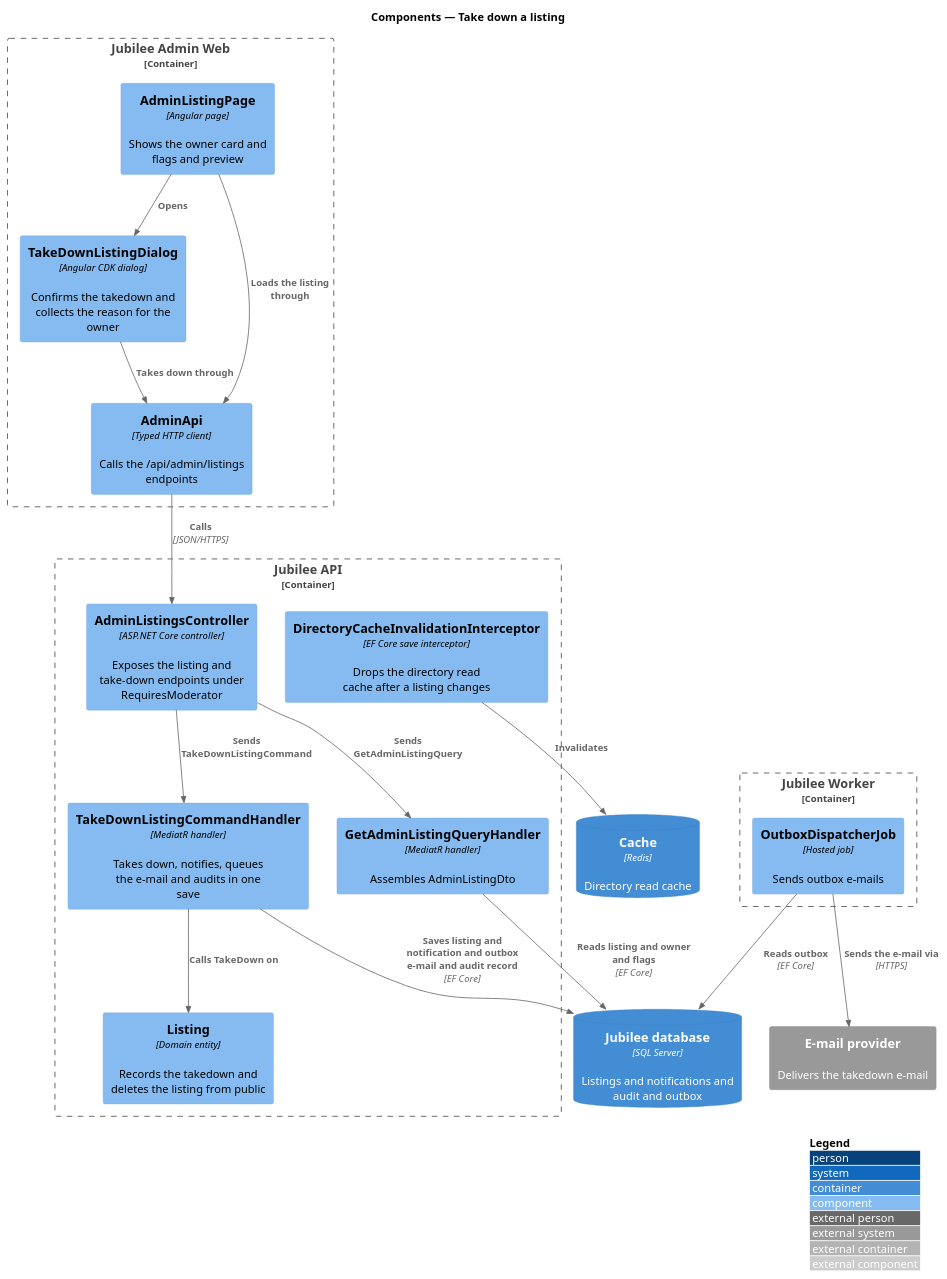
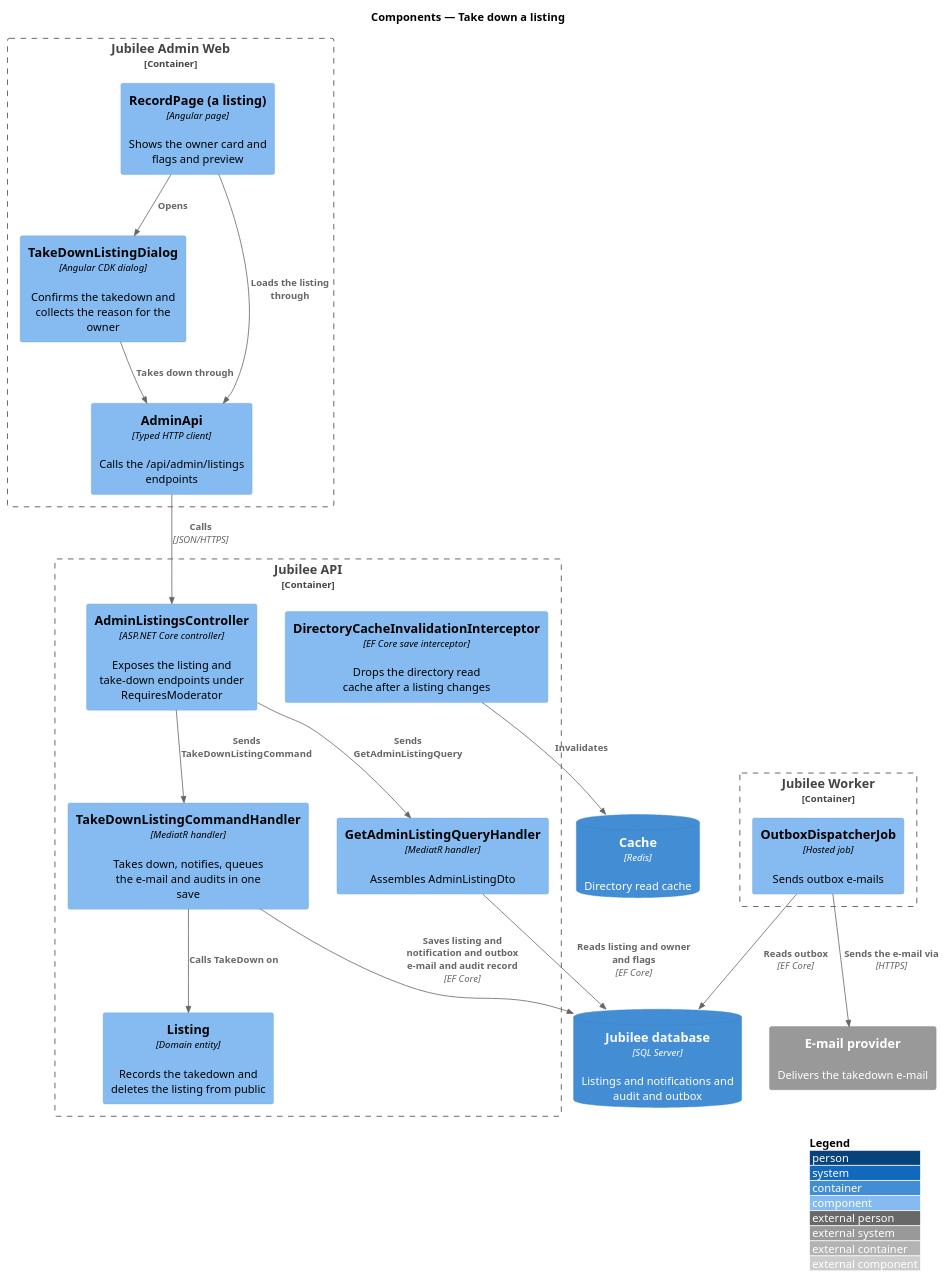
Before and after one commit to QuinntyneBrown/jubilee: the diagram in docs/detailed-designs/moderation/take-down-listing/diagrams/c4-component.puml, drawn with PlantUML. The commit also changed 81 other files, not shown here.

First line of the commit message:
docs(admin): design the schema-driven admin application (journey 35)

```diff
--- a/docs/detailed-designs/moderation/take-down-listing/diagrams/c4-component.puml
+++ b/docs/detailed-designs/moderation/take-down-listing/diagrams/c4-component.puml
@@ -1,36 +1,36 @@
 @startuml
 !include <C4/C4_Component>
 LAYOUT_WITH_LEGEND()
 title Components — Take down a listing
 Container_Boundary(web, "Jubilee Admin Web") {
-  Component(page, "AdminListingPage", "Angular page", "Shows the owner card and flags and preview")
+  Component(page, "RecordPage (a listing)", "Angular page", "Shows the owner card and flags and preview")
   Component(dialog, "TakeDownListingDialog", "Angular CDK dialog", "Confirms the takedown and collects the reason for the owner")
   Component(client, "AdminApi", "Typed HTTP client", "Calls the /api/admin/listings endpoints")
 }
 Container_Boundary(api, "Jubilee API") {
   Component(ctrl, "AdminListingsController", "ASP.NET Core controller", "Exposes the listing and take-down endpoints under RequiresModerator")
   Component(qh, "GetAdminListingQueryHandler", "MediatR handler", "Assembles AdminListingDto")
   Component(th, "TakeDownListingCommandHandler", "MediatR handler", "Takes down, notifies, queues the e-mail and audits in one save")
   Component(listing, "Listing", "Domain entity", "Records the takedown and deletes the listing from public")
   Component(interceptor, "DirectoryCacheInvalidationInterceptor", "EF Core save interceptor", "Drops the directory read cache after a listing changes")
 }
 Container_Boundary(worker, "Jubilee Worker") {
   Component(outbox, "OutboxDispatcherJob", "Hosted job", "Sends outbox e-mails")
 }
 ContainerDb(db, "Jubilee database", "SQL Server", "Listings and notifications and audit and outbox")
 ContainerDb(cache, "Cache", "Redis", "Directory read cache")
 System_Ext(email, "E-mail provider", "Delivers the takedown e-mail")
 
 Rel(page, dialog, "Opens")
 Rel(page, client, "Loads the listing through")
 Rel(dialog, client, "Takes down through")
 Rel(client, ctrl, "Calls", "JSON/HTTPS")
 Rel(ctrl, qh, "Sends GetAdminListingQuery")
 Rel(ctrl, th, "Sends TakeDownListingCommand")
 Rel(th, listing, "Calls TakeDown on")
 Rel(th, db, "Saves listing and notification and outbox e-mail and audit record", "EF Core")
 Rel(qh, db, "Reads listing and owner and flags", "EF Core")
 Rel(interceptor, cache, "Invalidates")
 Rel(outbox, db, "Reads outbox", "EF Core")
 Rel(outbox, email, "Sends the e-mail via", "HTTPS")
 @enduml
```
